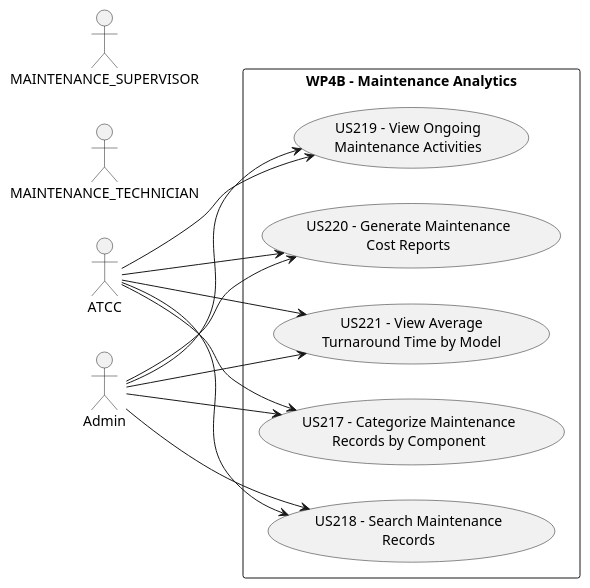
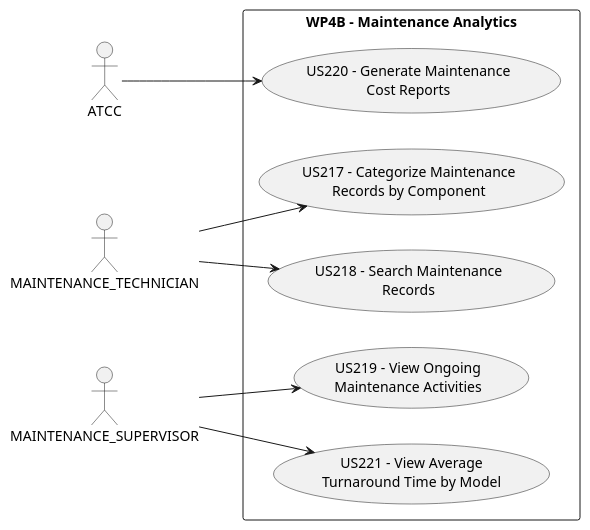
The diagram in docs/system-documentation/use-cases/WP4B/UCD/puml/use_case_diagram.puml (VascoMagolo/psoft_1231562_1241692_1242036_2db), drawn with PlantUML before and after one commit. The commit also changed 43 other files, not shown here.

Commit message:
docs: update system documentation and diagrams for WP1B, WP4A and WP4B

```diff
--- a/docs/system-documentation/use-cases/WP4B/UCD/puml/use_case_diagram.puml
+++ b/docs/system-documentation/use-cases/WP4B/UCD/puml/use_case_diagram.puml
@@ -1,31 +1,25 @@
 @startuml use_case_diagram
 skinparam monochrome true
 skinparam packageStyle rect
 skinparam shadowing false
 left to right direction
 
 actor "ATCC" as ATCC
 actor "MAINTENANCE_TECHNICIAN" as TECH
 actor "MAINTENANCE_SUPERVISOR" as SUPER
-actor "Admin" as ADMIN
 
 rectangle "WP4B - Maintenance Analytics" {
   usecase "US217 - Categorize Maintenance\nRecords by Component" as US217
   usecase "US218 - Search Maintenance\nRecords" as US218
   usecase "US219 - View Ongoing\nMaintenance Activities" as US219
   usecase "US220 - Generate Maintenance\nCost Reports" as US220
   usecase "US221 - View Average\nTurnaround Time by Model" as US221
 }
 
-ATCC --> US217
-ATCC --> US218
-ATCC --> US219
 ATCC --> US220
-ATCC --> US221
-ADMIN --> US217
-ADMIN --> US218
-ADMIN --> US219
-ADMIN --> US220
-ADMIN --> US221
+TECH --> US217
+TECH --> US218
+SUPER --> US219
+SUPER --> US221
 
 @enduml
```
